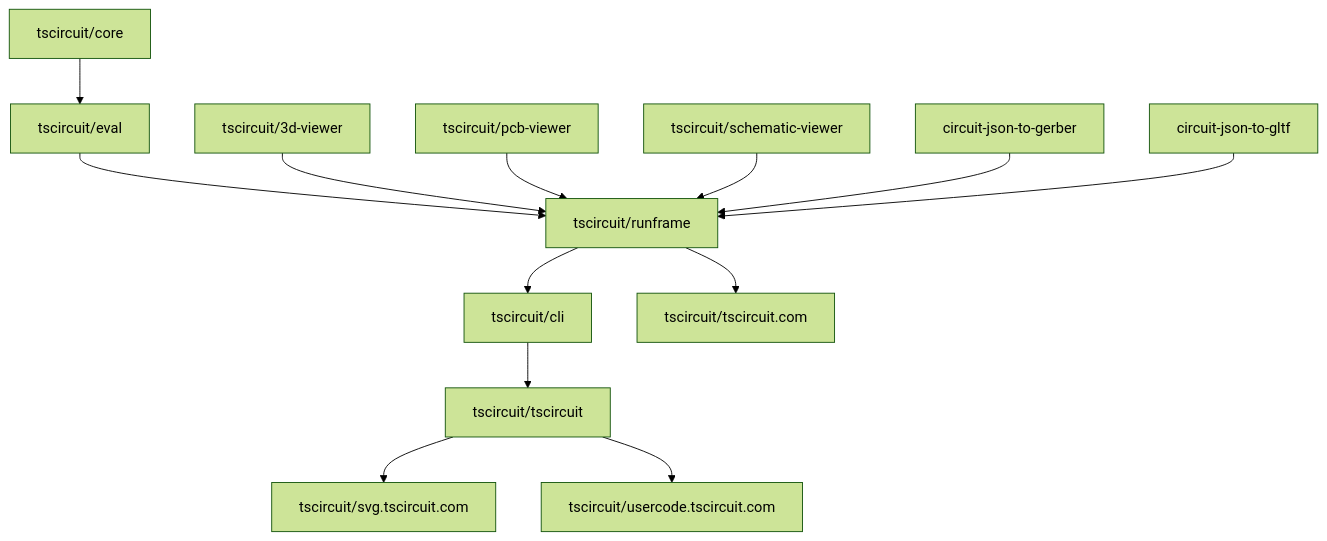
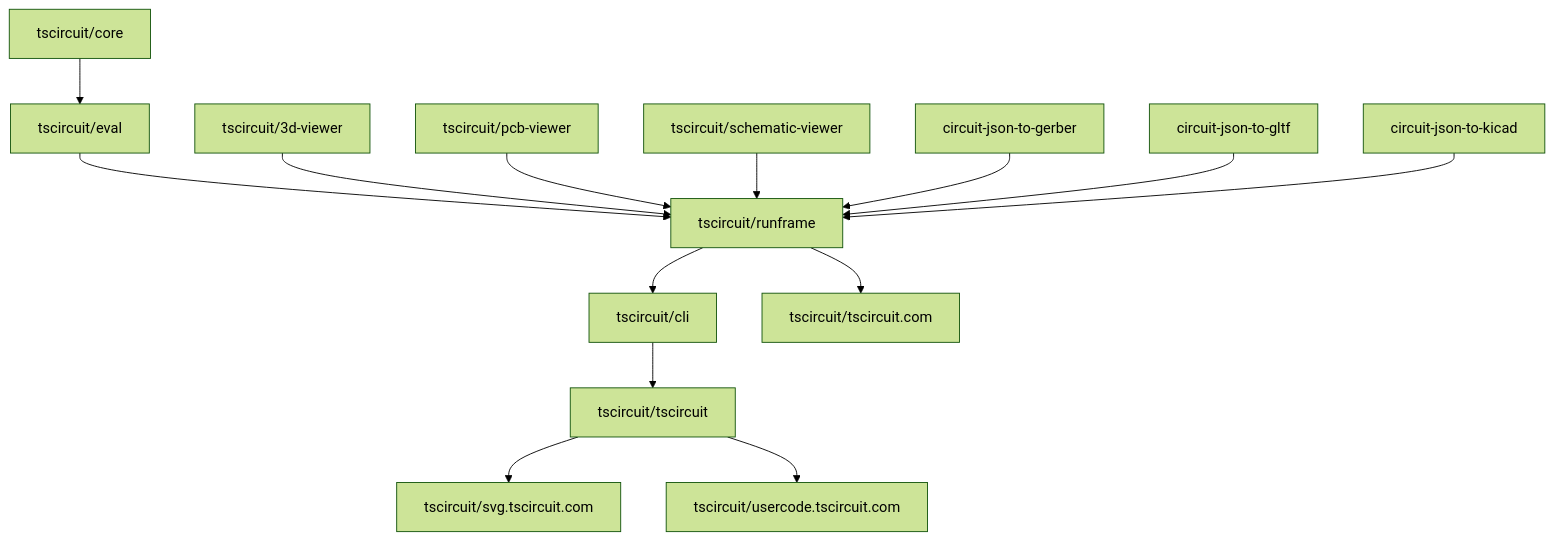
One commit to tscircuit/docs changed the diagram in docs/contributing/package-dependencies-and-auto-updates.mdx. Above: the diagram before and after it, drawn with Mermaid (forest theme).

Commit message:
fix: add Circuit JSON to KiCad flow in package dependency diagram

````diff
--- a/docs/contributing/package-dependencies-and-auto-updates.mdx
+++ b/docs/contributing/package-dependencies-and-auto-updates.mdx
@@ -14,37 +14,40 @@
 ```mermaid
 flowchart TD
 
     %% Core to Eval
     core[tscircuit/core] --> eval[tscircuit/eval]
 
     %% Eval to Runframe
     eval --> runframe[tscircuit/runframe]
 
     %% 3D Viewer to Runframe
     viewer3d[tscircuit/3d-viewer] --> runframe
 
     %% PCB Viewer to Runframe
     pcbviewer[tscircuit/pcb-viewer] --> runframe
 
     %% Schematic Viewer to Runframe
     schemaviewer[tscircuit/schematic-viewer] --> runframe
 
     %% Circuit JSON to Gerber to Runframe
     circuitjsontogerber[circuit-json-to-gerber] --> runframe
 
     %% Circuit JSON to GLTF to Runframe
     circuitjsontogltf[circuit-json-to-gltf] --> runframe
 
+    %% Circuit JSON to KiCad to Runframe
+    circuitjsontokicad[circuit-json-to-kicad] --> runframe
+
     %% Runframe to CLI
     runframe --> cli[tscircuit/cli]
 
     %% Runframe to tscircuit.com
     runframe --> tscircuitcom[tscircuit/tscircuit.com]
     
     %% CLI to Tscircuit
     cli --> tscircuit[tscircuit/tscircuit]
 
     %% Tscircuit to web services
     tscircuit --> svg[tscircuit/svg.tscircuit.com]
     tscircuit --> usercode[tscircuit/usercode.tscircuit.com]
 ```
````
